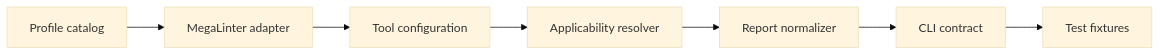
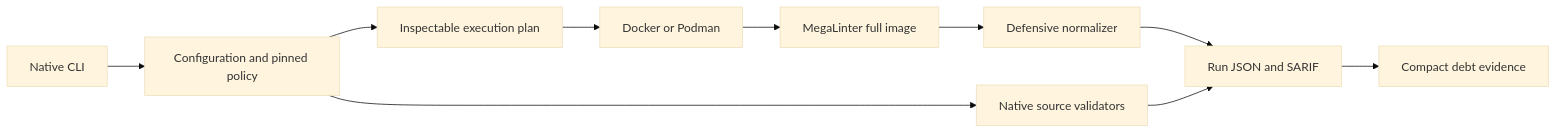
Before and after one commit to egohygiene/egolint: the diagram in ARCHITECTURE.md, drawn with Mermaid (base theme). The commit also changed other lines of this file and 15 other files, not shown here.

````diff
--- a/ARCHITECTURE.md
+++ b/ARCHITECTURE.md
@@ -47,16 +47,12 @@
 ```mermaid
 flowchart LR
-  S1[Profile catalog]
-  S2[MegaLinter adapter]
-  S3[Tool configuration]
-  S4[Applicability resolver]
-  S5[Report normalizer]
-  S6[CLI contract]
-  S7[Test fixtures]
-  S1 --> S2
-  S2 --> S3
-  S3 --> S4
-  S4 --> S5
-  S5 --> S6
-  S6 --> S7
+  CLI[Native CLI] --> Config[Configuration and pinned policy]
+  Config --> Native[Native source validators]
+  Config --> Plan[Inspectable execution plan]
+  Plan --> Runtime[Docker or Podman]
+  Runtime --> Engine[MegaLinter full image]
+  Engine --> Normalize[Defensive normalizer]
+  Normalize --> Report[Run JSON and SARIF]
+  Native --> Report
+  Report --> Debt[Compact debt evidence]
 ```
````
